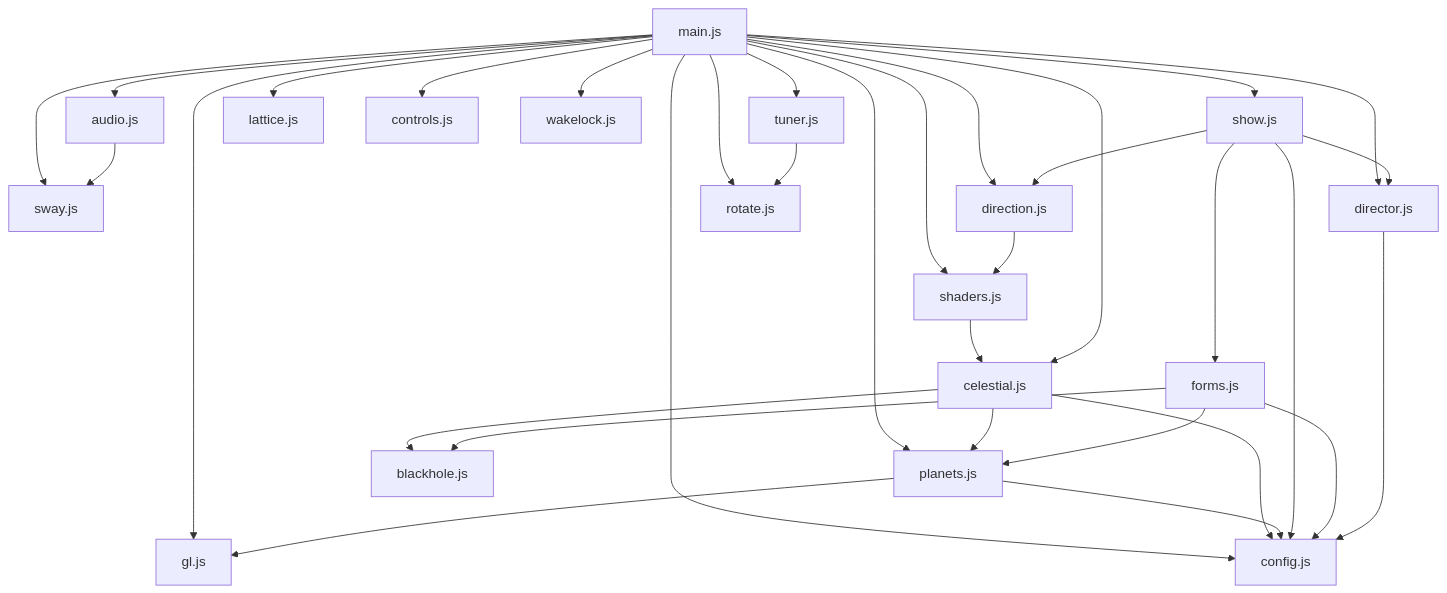
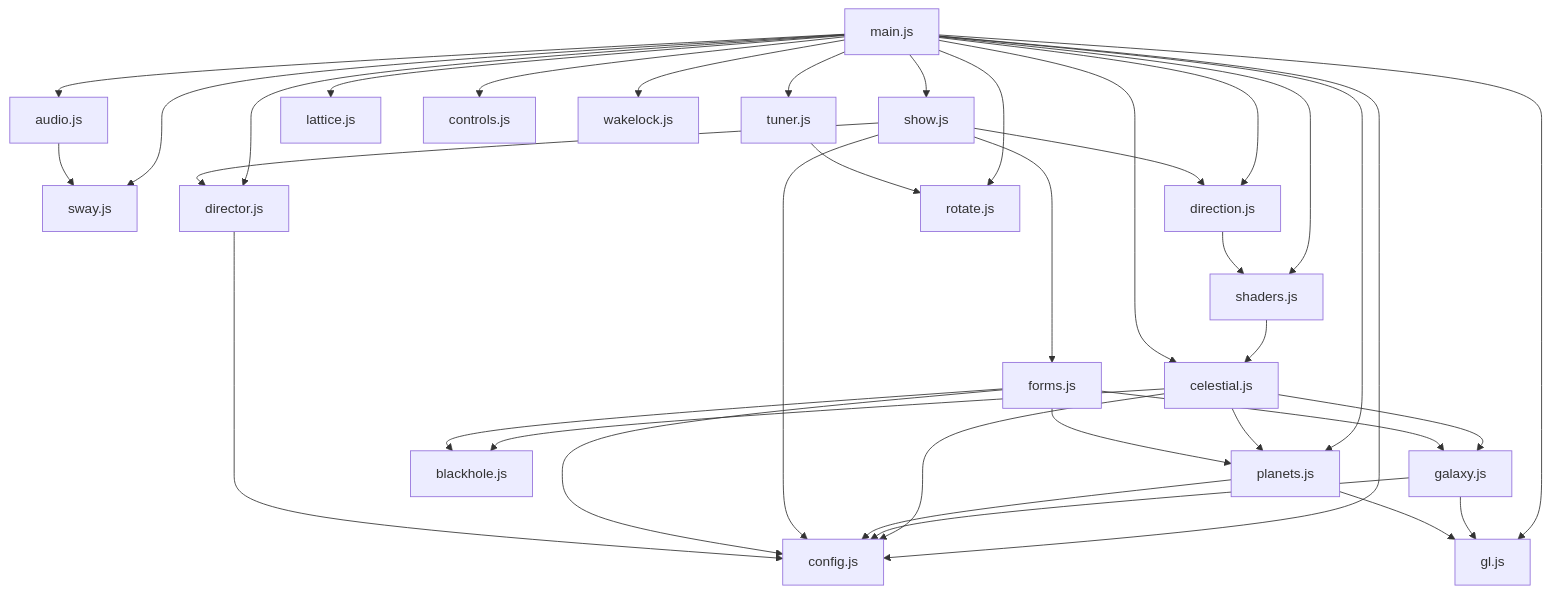
Before and after one commit to sf624/rain-of-light: the third of 3 diagrams in docs/design.md, drawn with Mermaid. The commit also changed other lines of this file and 14 other files, not shown here.

First line of the commit message:
A galaxy, the fourth celestial body

````diff
--- a/docs/design.md
+++ b/docs/design.md
@@ -1510,35 +1600,39 @@
 ```mermaid
 flowchart TD
   main["main.js"] --> tuner["tuner.js"]
   main --> audio["audio.js"]
   main --> sway["sway.js"]
   main --> config["config.js"]
   main --> show["show.js"]
   main --> director["director.js"]
   main --> direction["direction.js"]
   main --> shaders["shaders.js"]
   main --> gl["gl.js"]
   main --> lattice["lattice.js"]
   main --> controls["controls.js"]
   main --> wakelock["wakelock.js"]
   main --> rotate["rotate.js"]
   tuner --> rotate
   audio --> sway
   shaders --> celestial["celestial.js"]
   main --> celestial
   main --> planets["planets.js"]
   celestial --> planets
   celestial --> blackhole["blackhole.js"]
+  celestial --> galaxy["galaxy.js"]
   celestial --> config
   forms --> planets
   forms --> blackhole
+  forms --> galaxy
+  galaxy --> config
+  galaxy --> gl
   planets --> config
   planets --> gl
   show --> config
   show --> director
   show --> forms["forms.js"]
   show --> direction
   forms --> config
   director --> config
   direction --> shaders
 ```
````
